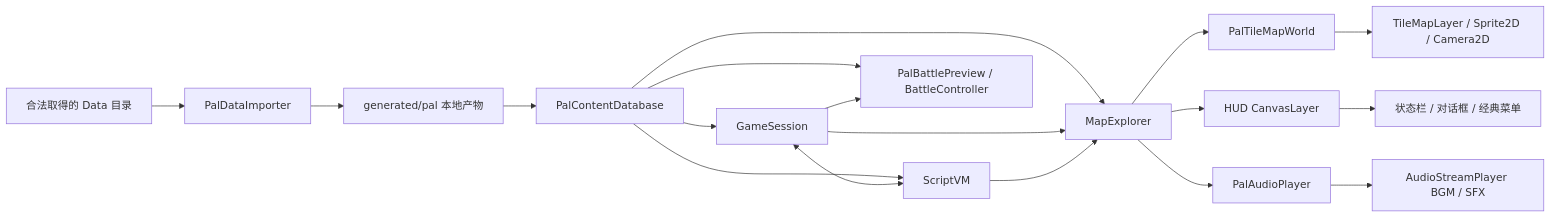
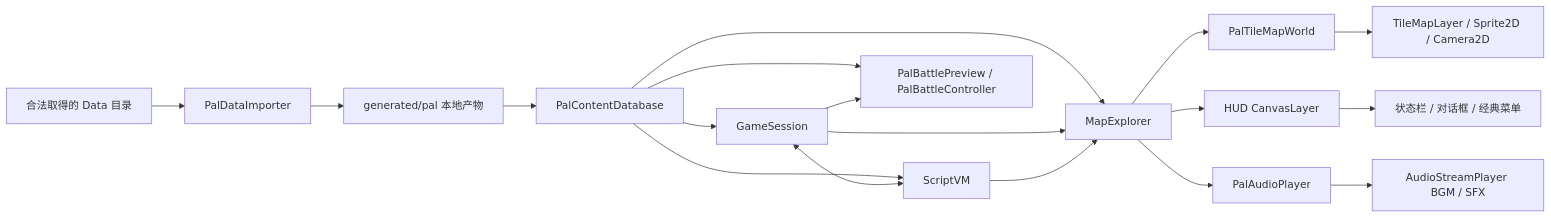
The first of 2 diagrams in docs/ARCHITECTURE.md (1xuanyuan1/sword-godot), drawn with Mermaid before and after one commit. The commit also changed other lines of this file and 19 other files, not shown here.

````diff
--- a/docs/ARCHITECTURE.md
+++ b/docs/ARCHITECTURE.md
@@ -5,20 +5,20 @@
 ```mermaid
 flowchart LR
     A[合法取得的 Data 目录] --> B[PalDataImporter]
     B --> C[generated/pal 本地产物]
     C --> D[PalContentDatabase]
     D --> E[GameSession]
     D --> F[ScriptVM]
     E <--> F
     D --> G[MapExplorer]
-    D --> O[PalBattlePreview / BattleController]
+    D --> O[PalBattlePreview / PalBattleController]
     E --> O
     E --> G
     F --> G
     G --> H[PalTileMapWorld]
     G --> I[HUD CanvasLayer]
     I --> K[状态栏 / 对话框 / 经典菜单]
     H --> J[TileMapLayer / Sprite2D / Camera2D]
     G --> L[PalAudioPlayer]
     L --> N[AudioStreamPlayer BGM / SFX]
 ```
````
